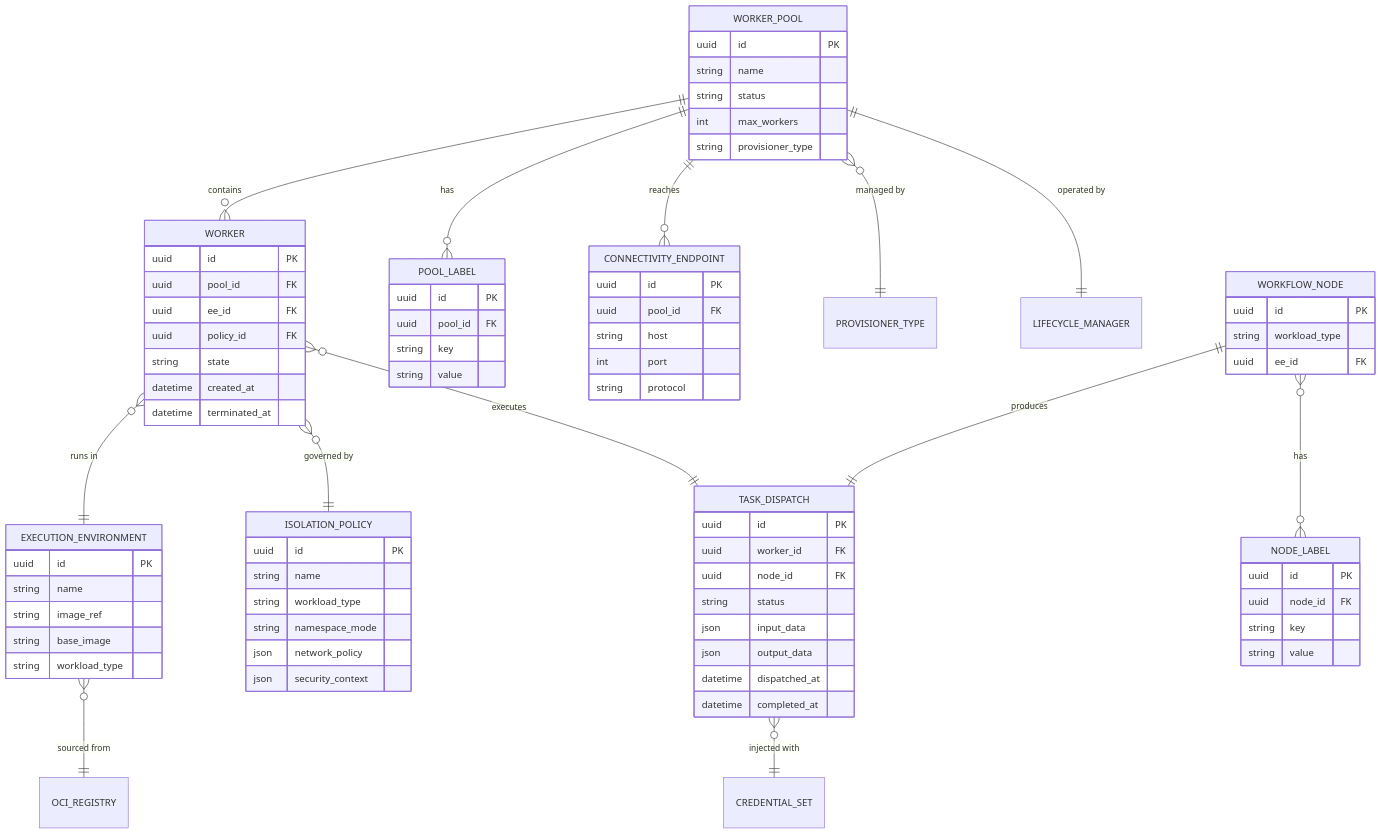
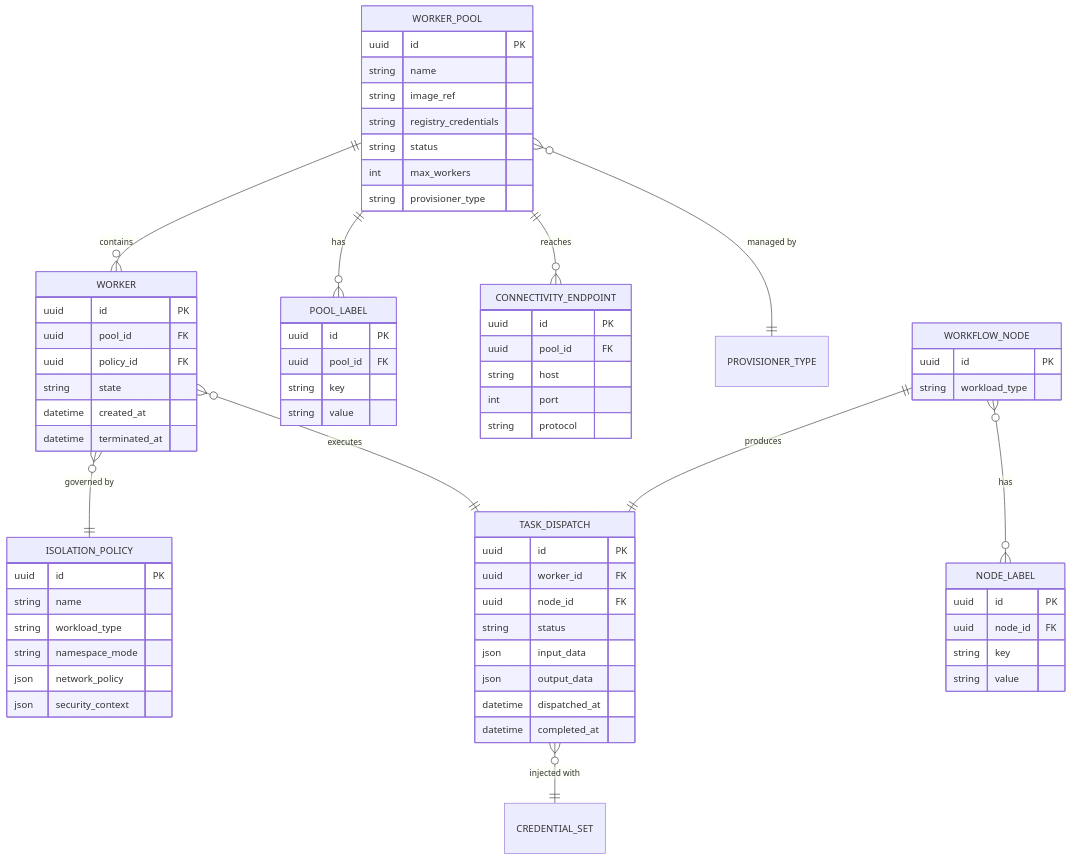
Diagram 15 of 15 in backend/docs/execution-plane.md (manstis/syntara), drawn with Mermaid before and after one commit. The commit also changed other lines of this file and 2 other files, not shown here.

Commit message:
chore: Remove Container Image registry concept.

```diff
--- a/backend/docs/execution-plane.md
+++ b/backend/docs/execution-plane.md
@@ -737,15 +716,11 @@
     WORKER_POOL ||--o{ POOL_LABEL : has
     WORKER_POOL ||--o{ CONNECTIVITY_ENDPOINT : reaches
     WORKER_POOL }o--|| PROVISIONER_TYPE : "managed by"
-    WORKER_POOL ||--|| LIFECYCLE_MANAGER : "operated by"
 
-    WORKER }o--|| EXECUTION_ENVIRONMENT : "runs in"
     WORKER }o--|| ISOLATION_POLICY : "governed by"
     WORKER }o--|| TASK_DISPATCH : "executes"
 
     TASK_DISPATCH }o--|| CREDENTIAL_SET : "injected with"
-
-    EXECUTION_ENVIRONMENT }o--|| OCI_REGISTRY : "sourced from"
 
     WORKFLOW_NODE }o--o{ NODE_LABEL : has
     WORKFLOW_NODE ||--|| TASK_DISPATCH : "produces"
@@ -753,6 +728,8 @@
     WORKER_POOL {
         uuid id PK
         string name
+        string image_ref
+        string registry_credentials
         string status
         int max_workers
         string provisioner_type
@@ -776,19 +753,10 @@
     WORKER {
         uuid id PK
         uuid pool_id FK
-        uuid ee_id FK
         uuid policy_id FK
         string state
         datetime created_at
         datetime terminated_at
-    }
-
-    EXECUTION_ENVIRONMENT {
-        uuid id PK
-        string name
-        string image_ref
-        string base_image
-        string workload_type
     }
 
     ISOLATION_POLICY {
@@ -814,7 +782,6 @@
     WORKFLOW_NODE {
         uuid id PK
         string workload_type
-        uuid ee_id FK
     }
 
     NODE_LABEL {
```
